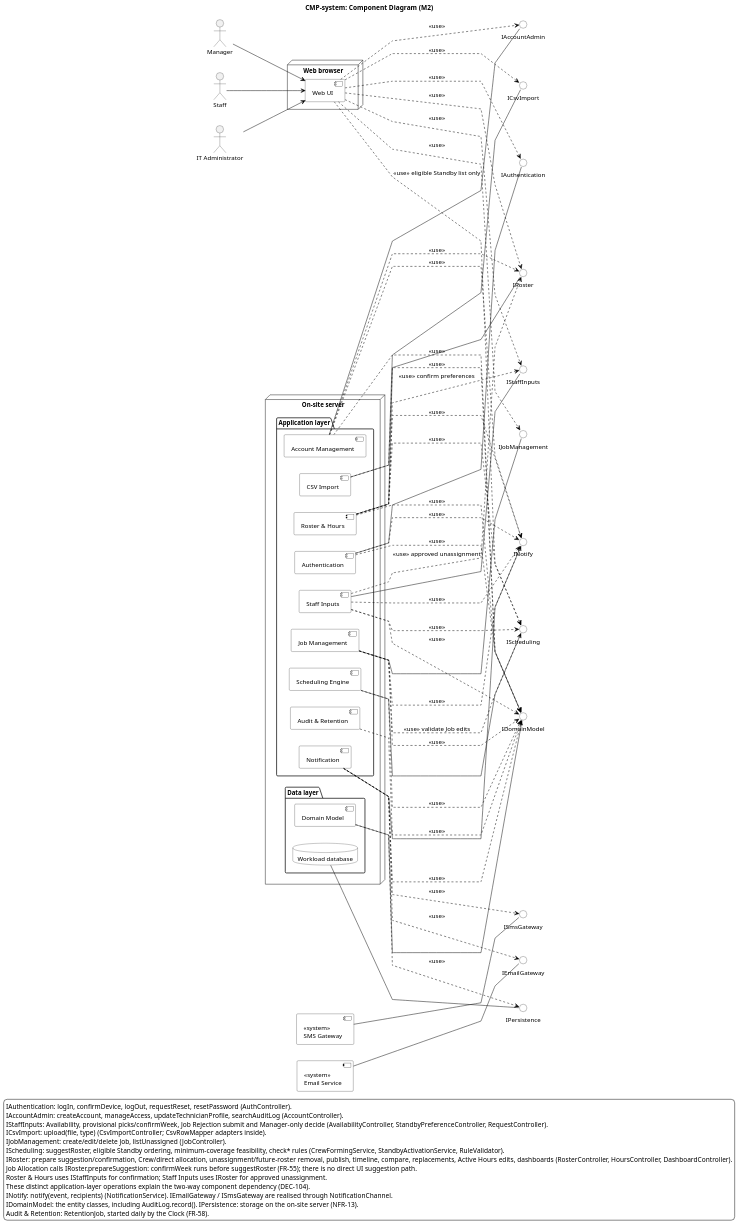
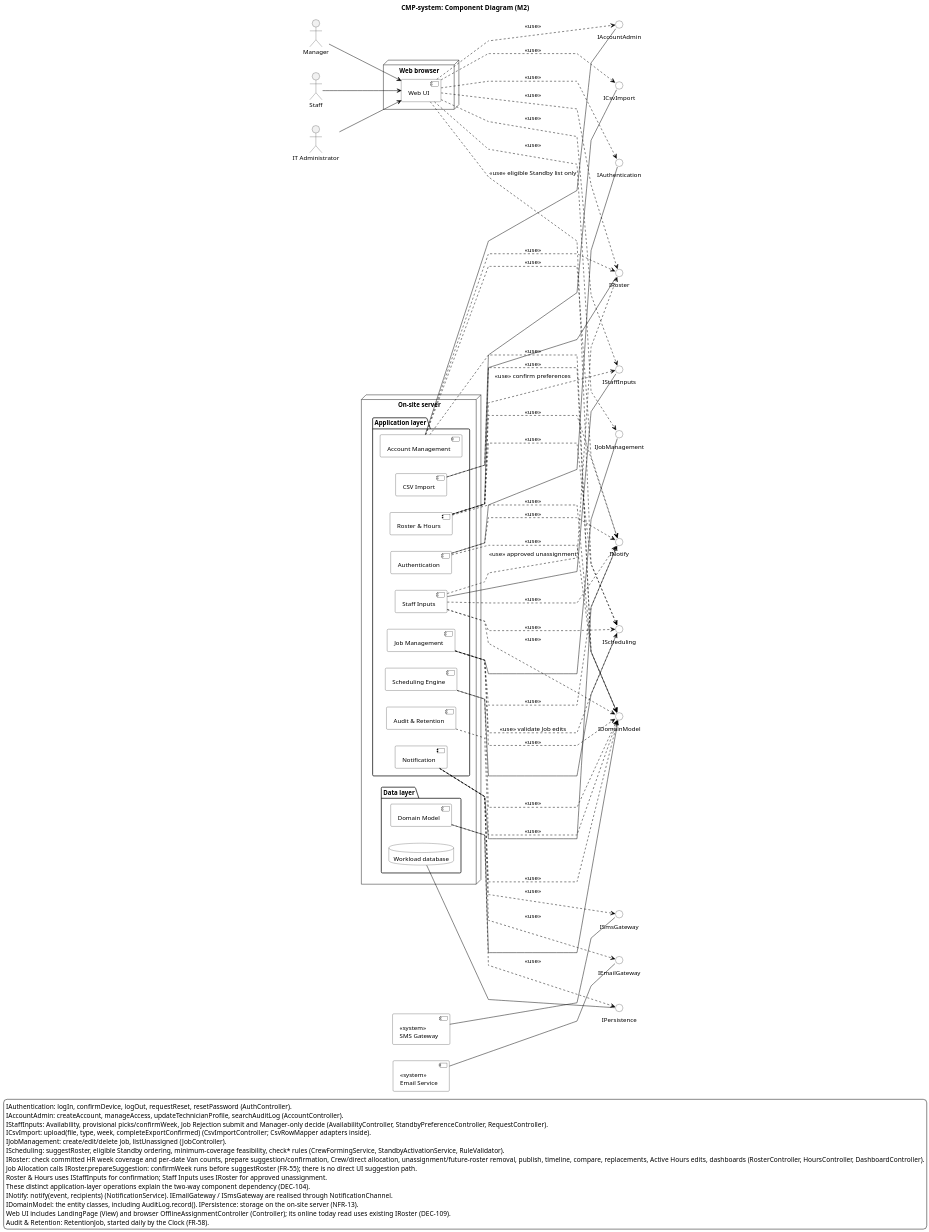
One commit to ZadeNova/inf2001-SE changed the diagram in diagrams/CMP-system.puml. Above: the diagram before and after it, drawn with PlantUML. The commit also changed 18 other files, not shown here.

```diff
--- a/diagrams/CMP-system.puml
+++ b/diagrams/CMP-system.puml
@@ -1,134 +1,135 @@
 @startuml CMP-system
 skinparam backgroundColor white
 skinparam shadowing false
 skinparam defaultFontName Arial
 skinparam defaultFontSize 13
 skinparam dpi 150
 skinparam componentStyle uml2
 skinparam ArrowColor black
 skinparam componentBackgroundColor white
 skinparam componentBorderColor black
 skinparam interfaceBackgroundColor white
 skinparam interfaceBorderColor black
 skinparam packageBackgroundColor white
 skinparam nodeBackgroundColor white
 skinparam databaseBackgroundColor white
 skinparam linetype polyline
 title CMP-system: Component Diagram (M2)
-' Traces: SRS v4.1.1; CD-final packages map 1:1 to the components below (DEC-93/104).
+' Traces: SRS v4.2; CD-final packages map 1:1 to the components below (DEC-93/104/108/109).
 ' Provided interface: component -- ()interface. Required interface: component ..> interface <<use>>.
 ' Sources: M2-Brief §6.5; DEC-74; DEC-80; DEC-81; DEC-88; DEC-89; NFR-13; DEC-96 to DEC-98.
 left to right direction
 
 actor Manager
 actor Staff
 actor "IT Administrator" as ITA
 
 node "Web browser" {
  component "Web UI" as WebUI
 }
 
 node "On-site server" {
  package "Application layer" {
   component "Authentication" as Auth
   component "Account Management" as AccMgmt
   component "Staff Inputs" as Inputs
   component "CSV Import" as Csv
   component "Job Management" as Jobs
   component "Scheduling Engine" as Sched
   component "Roster & Hours" as Roster
   component "Notification" as Notif
   component "Audit & Retention" as Audit
  }
  package "Data layer" {
   component "Domain Model" as Domain
   database "Workload database" as DB
  }
 }
 
 component "<<system>>\nEmail Service" as EmailSvc
 component "<<system>>\nSMS Gateway" as SmsSvc
 
 ' ---------- provided interfaces ----------
 () "IAuthentication" as IAuth
 () "IAccountAdmin" as IAcc
 () "IStaffInputs" as IInputs
 () "ICsvImport" as ICsv
 () "IJobManagement" as IJobs
 () "IScheduling" as ISched
 () "IRoster" as IRoster
 () "INotify" as INotify
 () "IDomainModel" as IDomain
 () "IPersistence" as IPersist
 () "IEmailGateway" as IEmail
 () "ISmsGateway" as ISms
 
 Auth -- IAuth
 AccMgmt -- IAcc
 Inputs -- IInputs
 Csv -- ICsv
 Jobs -- IJobs
 Sched -- ISched
 Roster -- IRoster
 Notif -- INotify
 Domain -- IDomain
 DB -- IPersist
 EmailSvc -- IEmail
 SmsSvc -- ISms
 
 ' ---------- users ----------
 Manager --> WebUI
 Staff --> WebUI
 ITA --> WebUI
 
 ' ---------- required interfaces ----------
 WebUI ..> IAuth : <<use>>
 WebUI ..> IAcc : <<use>>
 WebUI ..> IInputs : <<use>>
 WebUI ..> ICsv : <<use>>
 WebUI ..> IJobs : <<use>>
 WebUI ..> IRoster : <<use>>
 WebUI ..> ISched : <<use>> eligible Standby list only
 
 Roster ..> ISched : <<use>>
 Roster ..> IInputs : <<use>> confirm preferences
 Roster ..> INotify : <<use>>
 Jobs ..> INotify : <<use>>
 Jobs ..> ISched : <<use>> validate Job edits
 Inputs ..> INotify : <<use>>
 Inputs ..> ISched : <<use>>
 Inputs ..> IRoster : <<use>> approved unassignment
 AccMgmt ..> INotify : <<use>>
 AccMgmt ..> IRoster : <<use>>
 Auth ..> INotify : <<use>>
 
 Auth ..> IDomain : <<use>>
 AccMgmt ..> IDomain : <<use>>
 Inputs ..> IDomain : <<use>>
 Csv ..> IDomain : <<use>>
 Jobs ..> IDomain : <<use>>
 Sched ..> IDomain : <<use>>
 Roster ..> IDomain : <<use>>
 Notif ..> IDomain : <<use>>
 Audit ..> IDomain : <<use>>
 Domain ..> IPersist : <<use>>
 
 Notif ..> IEmail : <<use>>
 Notif ..> ISms : <<use>>
 
 legend bottom
 IAuthentication: logIn, confirmDevice, logOut, requestReset, resetPassword (AuthController).
 IAccountAdmin: createAccount, manageAccess, updateTechnicianProfile, searchAuditLog (AccountController).
 IStaffInputs: Availability, provisional picks/confirmWeek, Job Rejection submit and Manager-only decide (AvailabilityController, StandbyPreferenceController, RequestController).
-ICsvImport: upload(file, type) (CsvImportController; CsvRowMapper adapters inside).
+ICsvImport: upload(file, type, week, completeExportConfirmed) (CsvImportController; CsvRowMapper adapters inside).
 IJobManagement: create/edit/delete Job, listUnassigned (JobController).
 IScheduling: suggestRoster, eligible Standby ordering, minimum-coverage feasibility, check* rules (CrewFormingService, StandbyActivationService, RuleValidator).
-IRoster: prepare suggestion/confirmation, Crew/direct allocation, unassignment/future-roster removal, publish, timeline, compare, replacements, Active Hours edits, dashboards (RosterController, HoursController, DashboardController).
+IRoster: check committed HR week coverage and per-date Van counts, prepare suggestion/confirmation, Crew/direct allocation, unassignment/future-roster removal, publish, timeline, compare, replacements, Active Hours edits, dashboards (RosterController, HoursController, DashboardController).
 Job Allocation calls IRoster.prepareSuggestion: confirmWeek runs before suggestRoster (FR-55); there is no direct UI suggestion path.
 Roster & Hours uses IStaffInputs for confirmation; Staff Inputs uses IRoster for approved unassignment.
 These distinct application-layer operations explain the two-way component dependency (DEC-104).
 INotify: notify(event, recipients) (NotificationService). IEmailGateway / ISmsGateway are realised through NotificationChannel.
 IDomainModel: the entity classes, including AuditLog.record(). IPersistence: storage on the on-site server (NFR-13).
+Web UI includes LandingPage (View) and browser OfflineAssignmentController (Controller); its online today read uses existing IRoster (DEC-109).
 Audit & Retention: RetentionJob, started daily by the Clock (FR-58).
 endlegend
 @enduml
```
